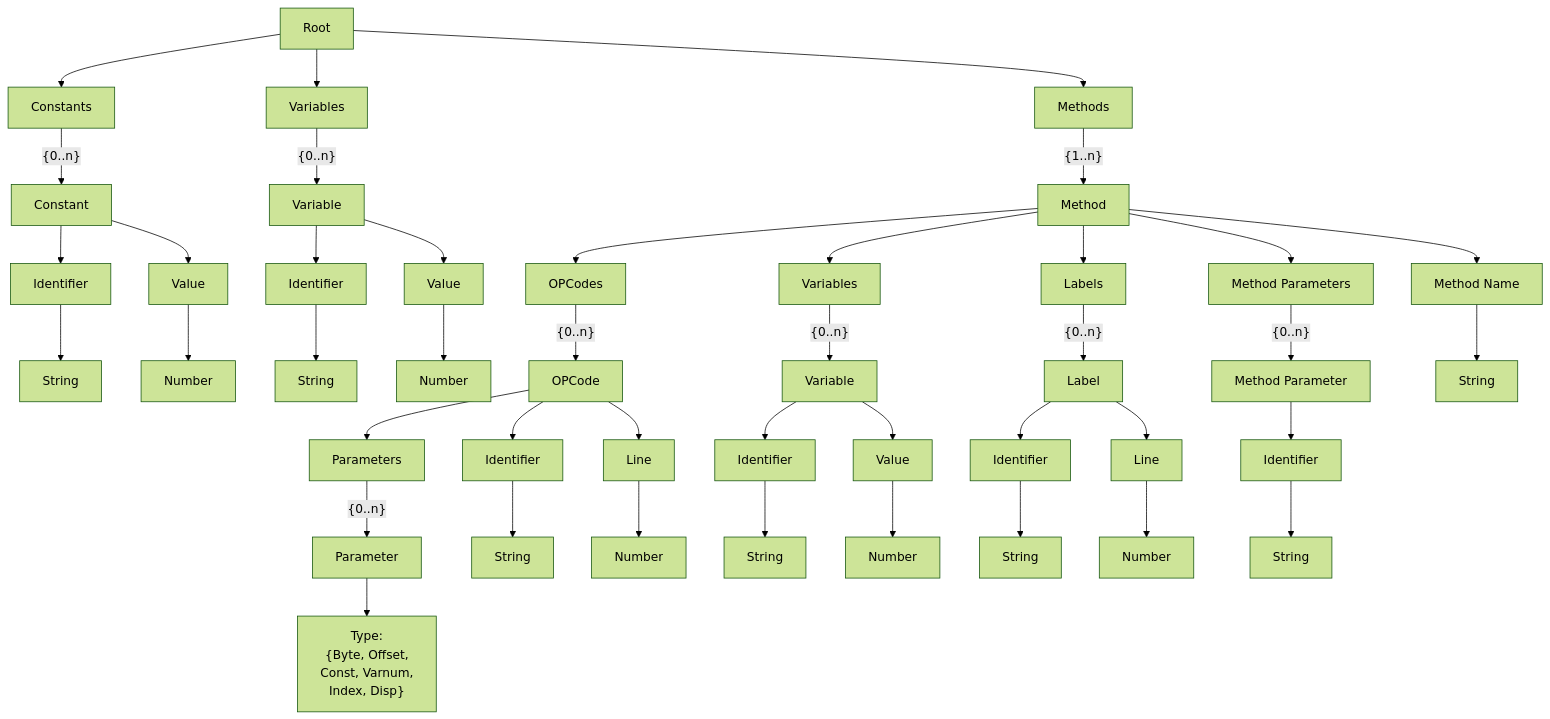
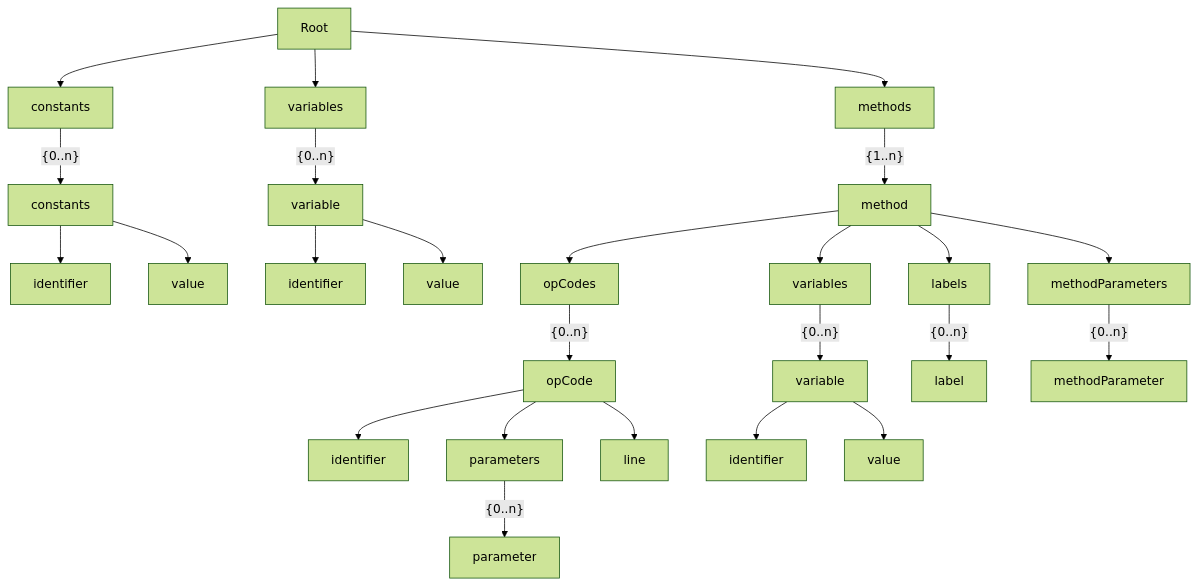
One commit to YasinKavuk/mic-1-interactive changed the diagram in diagrams/AST.md. Above: the diagram before and after it, drawn with Mermaid (forest theme).

Commit message:
#192: updated AST diagram

````diff
--- a/diagrams/AST.md
+++ b/diagrams/AST.md
@@ -1,50 +1,30 @@
 ```mermaid
 graph TB
     R[Root]
-    VAL1[Value]
-    VAL2[Value]
-    VAL4[Value]
-    I1[Identifier]
-    I2[Identifier]
-    I4[Identifier]
-    I6[Identifier]
-    I8[Identifier]
-    I9[Identifier]
-    C[Constants]
-    C1[Constant]
-    VS1[Variables]
-    VS3[Variables]
-    V1[Variable]
-    V3[Variable]
-    METPS[Method Parameters]
-    METP[Method Parameter]
-    MET[Method]
-    METS[Methods]
-    METN[Method Name]
-    OPC2[OPCodes]
-    OP2[OPCode]
-    PS2[Parameters]
-    P2[Parameter]
-    LS2[Labels]
-    L2[Label]
-    S1[String]
-    S2[String]
-    S4[String]
-    S6[String]
-    S8[String]
-    S9[String]
-    S10[String]
-    N1[Number]
-    N2[Number]
-    N4[Number]
-    N7[Number]
-    N8[Number]
-    LN3[Line]
-    LN4[Line]
-    TP2["Type: 
-    {Byte, Offset, 
-    Const, Varnum, 
-    Index, Disp}"]
+    VAL1[value]
+    VAL2[value]
+    VAL4[value]
+    I1[identifier]
+    I2[identifier]
+    I4[identifier]
+    I6[identifier]
+    C[constants]
+    C1[constants]
+    VS1[variables]
+    VS3[variables]
+    V1[variable]
+    V3[variable]
+    METPS[methodParameters]
+    METP[methodParameter]
+    MET[method]
+    METS[methods]
+    OPC2[opCodes]
+    OP2[opCode]
+    PS2[parameters]
+    P2[parameter]
+    LS2[labels]
+    L2[label]
+    LN3[line]
 
 
     R-->C
@@ -55,41 +35,24 @@
 
     C-- {0..n} -->C1
     C1-->I1
-    I1-->S1
     C1-->VAL1
-    VAL1-->N1
 
     VS1-- {0..n} -->V1
     V1-->I2
-    I2-->S2
     V1-->VAL2
-    VAL2-->N2
 
     MET-->OPC2
     OPC2-- {0..n} -->OP2
+    OP2-->I4
     OP2-->PS2
-    OP2-->I4
-    I4-->S4
     PS2-- {0..n} -->P2
-    P2-->TP2
     MET-->VS3
     VS3-- {0..n} -->V3
     V3-->I6
     V3-->VAL4
-    I6-->S6
-    VAL4-->N4
     MET-->LS2
     LS2-- {0..n} -->L2
-    L2-->I8
-    I8-->S8
-    L2-->LN4
     OP2-->LN3
-    LN3-->N7
-    LN4-->N8
     MET-->METPS
     METPS-- {0..n} -->METP
-    METP-->I9
-    I9-->S9
-    MET-->METN
-    METN-->S10
 ```
````
